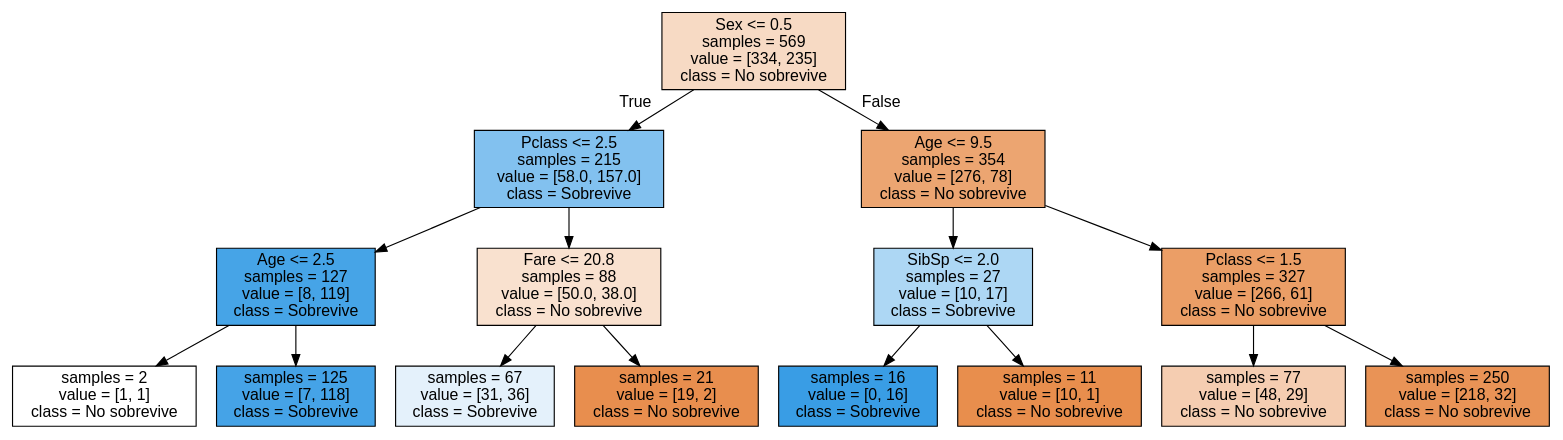
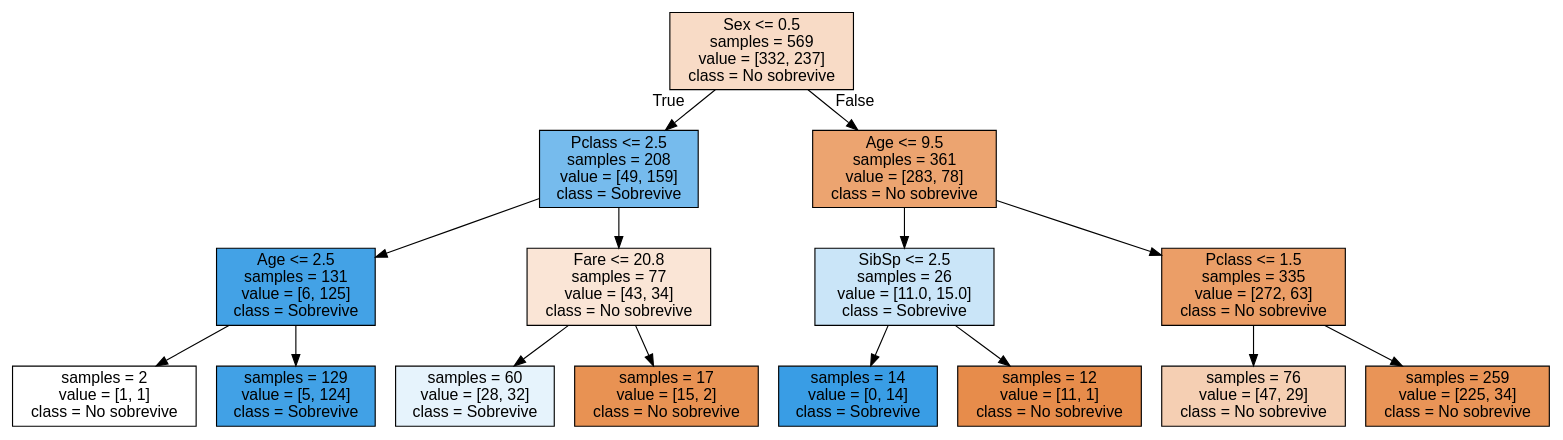
The diagram in ejercicio_final/arbol_titanic.dot (keltoi-dev/ejercicios_datamining), drawn with Graphviz before and after one commit. The commit also changed 3 other files, not shown here.

```diff
--- a/ejercicio_final/arbol_titanic.dot
+++ b/ejercicio_final/arbol_titanic.dot
@@ -1,33 +1,33 @@
 digraph Tree {
 node [shape=box, style="filled", color="black", fontname="helvetica"] ;
 edge [fontname="helvetica"] ;
-0 [label="Sex <= 0.5\nsamples = 569\nvalue = [334, 235]\nclass = No sobrevive", fillcolor="#f7dac4"] ;
-1 [label="Pclass <= 2.5\nsamples = 215\nvalue = [58.0, 157.0]\nclass = Sobrevive", fillcolor="#82c1ef"] ;
+0 [label="Sex <= 0.5\nsamples = 569\nvalue = [332, 237]\nclass = No sobrevive", fillcolor="#f8dbc6"] ;
+1 [label="Pclass <= 2.5\nsamples = 208\nvalue = [49, 159]\nclass = Sobrevive", fillcolor="#76bbed"] ;
 0 -> 1 [labeldistance=2.5, labelangle=45, headlabel="True"] ;
-2 [label="Age <= 2.5\nsamples = 127\nvalue = [8, 119]\nclass = Sobrevive", fillcolor="#46a4e7"] ;
+2 [label="Age <= 2.5\nsamples = 131\nvalue = [6, 125]\nclass = Sobrevive", fillcolor="#43a2e6"] ;
 1 -> 2 ;
 3 [label="samples = 2\nvalue = [1, 1]\nclass = No sobrevive", fillcolor="#ffffff"] ;
 2 -> 3 ;
-4 [label="samples = 125\nvalue = [7, 118]\nclass = Sobrevive", fillcolor="#45a3e7"] ;
+4 [label="samples = 129\nvalue = [5, 124]\nclass = Sobrevive", fillcolor="#41a1e6"] ;
 2 -> 4 ;
-5 [label="Fare <= 20.8\nsamples = 88\nvalue = [50.0, 38.0]\nclass = No sobrevive", fillcolor="#f9e1cf"] ;
+5 [label="Fare <= 20.8\nsamples = 77\nvalue = [43, 34]\nclass = No sobrevive", fillcolor="#fae5d6"] ;
 1 -> 5 ;
-6 [label="samples = 67\nvalue = [31, 36]\nclass = Sobrevive", fillcolor="#e4f1fb"] ;
+6 [label="samples = 60\nvalue = [28, 32]\nclass = Sobrevive", fillcolor="#e6f3fc"] ;
 5 -> 6 ;
-7 [label="samples = 21\nvalue = [19, 2]\nclass = No sobrevive", fillcolor="#e88e4e"] ;
+7 [label="samples = 17\nvalue = [15, 2]\nclass = No sobrevive", fillcolor="#e89253"] ;
 5 -> 7 ;
-8 [label="Age <= 9.5\nsamples = 354\nvalue = [276, 78]\nclass = No sobrevive", fillcolor="#eca571"] ;
+8 [label="Age <= 9.5\nsamples = 361\nvalue = [283, 78]\nclass = No sobrevive", fillcolor="#eca470"] ;
 0 -> 8 [labeldistance=2.5, labelangle=-45, headlabel="False"] ;
-9 [label="SibSp <= 2.0\nsamples = 27\nvalue = [10, 17]\nclass = Sobrevive", fillcolor="#add7f4"] ;
+9 [label="SibSp <= 2.5\nsamples = 26\nvalue = [11.0, 15.0]\nclass = Sobrevive", fillcolor="#cae5f8"] ;
 8 -> 9 ;
-10 [label="samples = 16\nvalue = [0, 16]\nclass = Sobrevive", fillcolor="#399de5"] ;
+10 [label="samples = 14\nvalue = [0, 14]\nclass = Sobrevive", fillcolor="#399de5"] ;
 9 -> 10 ;
-11 [label="samples = 11\nvalue = [10, 1]\nclass = No sobrevive", fillcolor="#e88e4d"] ;
+11 [label="samples = 12\nvalue = [11, 1]\nclass = No sobrevive", fillcolor="#e78c4b"] ;
 9 -> 11 ;
-12 [label="Pclass <= 1.5\nsamples = 327\nvalue = [266, 61]\nclass = No sobrevive", fillcolor="#eb9e66"] ;
+12 [label="Pclass <= 1.5\nsamples = 335\nvalue = [272, 63]\nclass = No sobrevive", fillcolor="#eb9e67"] ;
 8 -> 12 ;
-13 [label="samples = 77\nvalue = [48, 29]\nclass = No sobrevive", fillcolor="#f5cdb1"] ;
+13 [label="samples = 76\nvalue = [47, 29]\nclass = No sobrevive", fillcolor="#f5cfb3"] ;
 12 -> 13 ;
-14 [label="samples = 250\nvalue = [218, 32]\nclass = No sobrevive", fillcolor="#e99356"] ;
+14 [label="samples = 259\nvalue = [225, 34]\nclass = No sobrevive", fillcolor="#e99457"] ;
 12 -> 14 ;
 }
```
